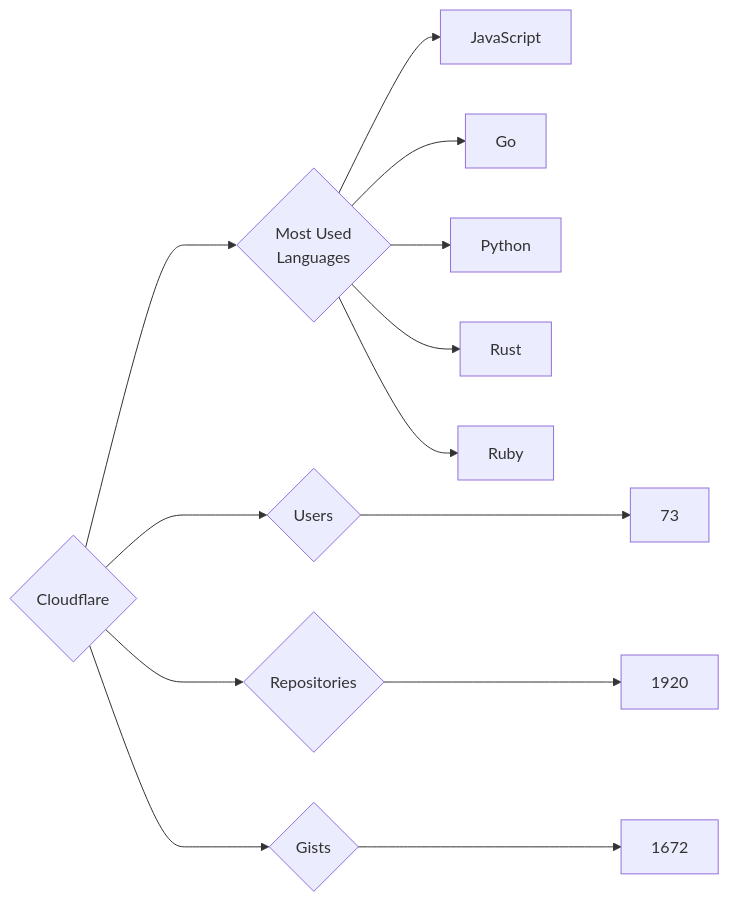
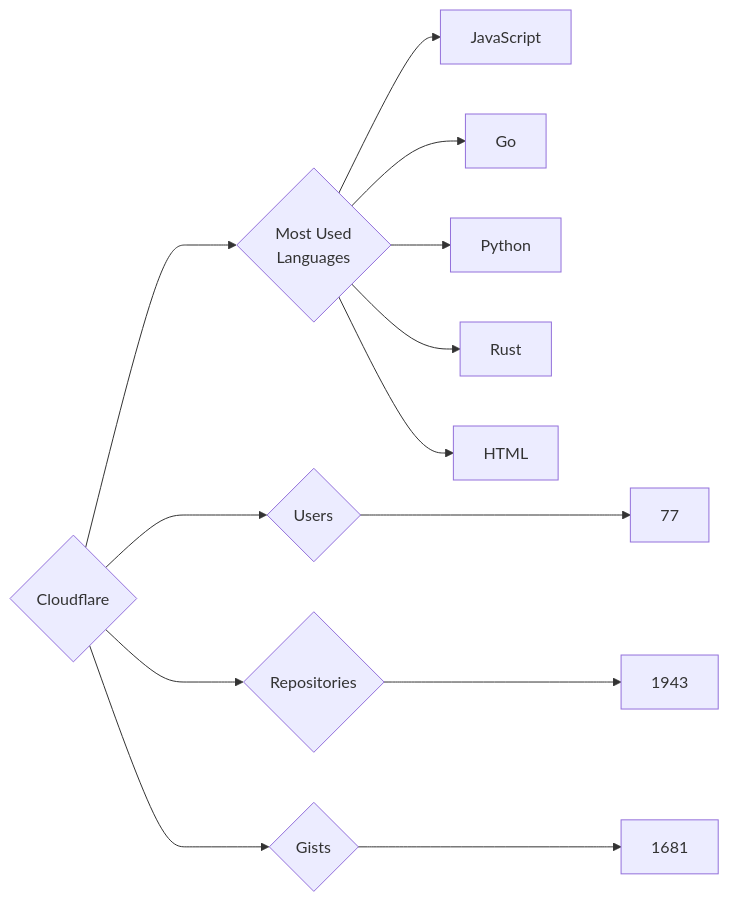
The diagram in targets/Cloudflare/README.md (trickest/insiders), drawn with Mermaid before and after one commit. The commit also changed 998 other files, not shown here.

````diff
--- a/targets/Cloudflare/README.md
+++ b/targets/Cloudflare/README.md
@@ -3,13 +3,13 @@
 ```mermaid
 graph LR
 COMPANY_NAME{Cloudflare}
-COMPANY_NAME ---> U{Users} ---> UN[73]
-COMPANY_NAME ---> R{Repositories} ---> RN[1920]
-COMPANY_NAME ---> G{Gists} ---> GN[1672]
+COMPANY_NAME ---> U{Users} ---> UN[77]
+COMPANY_NAME ---> R{Repositories} ---> RN[1943]
+COMPANY_NAME ---> G{Gists} ---> GN[1681]
 COMPANY_NAME ---> ML{Most Used<br>Languages}
 ML --> JavaScript[JavaScript]
 ML --> Go[Go]
 ML --> Python[Python]
 ML --> Rust[Rust]
-ML --> Ruby[Ruby]
+ML --> HTML[HTML]
 ```
````
